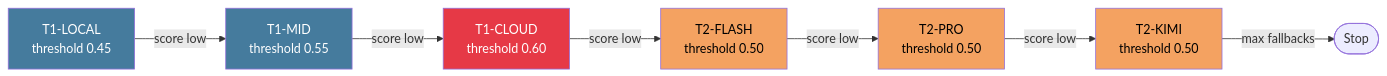
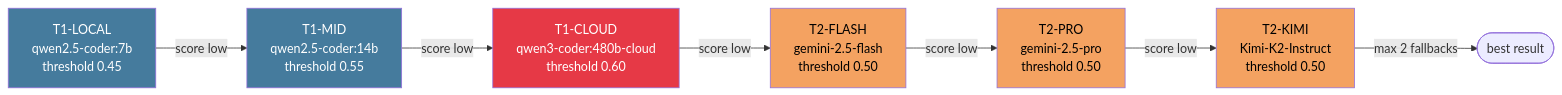
The sixth of 8 diagrams in ARCHITECTURE.md (dineshsrivastava07-cell/Claude-Tier-MacMini), drawn with Mermaid before and after one commit. The commit also changed other lines of this file and 7 other files, not shown here.

````diff
--- a/ARCHITECTURE.md
+++ b/ARCHITECTURE.md
@@ -159,16 +215,24 @@
 ```mermaid
 flowchart LR
-    TL[T1-LOCAL<br/>threshold 0.45] -->|score low| TM
-    TM[T1-MID<br/>threshold 0.55] -->|score low| TC
-    TC[T1-CLOUD<br/>threshold 0.60] -->|score low| TF
-    TF[T2-FLASH<br/>threshold 0.50] -->|score low| TP
-    TP[T2-PRO<br/>threshold 0.50] -->|score low| TK
-    TK[T2-KIMI<br/>threshold 0.50] -->|max fallbacks| END([Stop])
+    TL["T1-LOCAL<br/>qwen2.5-coder:7b<br/>threshold 0.45"]
+    TM["T1-MID<br/>qwen2.5-coder:14b<br/>threshold 0.55"]
+    TC["T1-CLOUD<br/>qwen3-coder:480b-cloud<br/>threshold 0.60"]
+    TF["T2-FLASH<br/>gemini-2.5-flash<br/>threshold 0.50"]
+    TP["T2-PRO<br/>gemini-2.5-pro<br/>threshold 0.50"]
+    TK["T2-KIMI<br/>Kimi-K2-Instruct<br/>threshold 0.50"]
+    END([best result])
+
+    TL -->|score low| TM
+    TM -->|score low| TC
+    TC -->|score low| TF
+    TF -->|score low| TP
+    TP -->|score low| TK
+    TK -->|max 2 fallbacks| END
 
     style TL fill:#457b9d,color:#fff
     style TM fill:#457b9d,color:#fff
     style TC fill:#e63946,color:#fff
     style TF fill:#f4a261,color:#000
     style TP fill:#f4a261,color:#000
     style TK fill:#f4a261,color:#000
 ```
````
